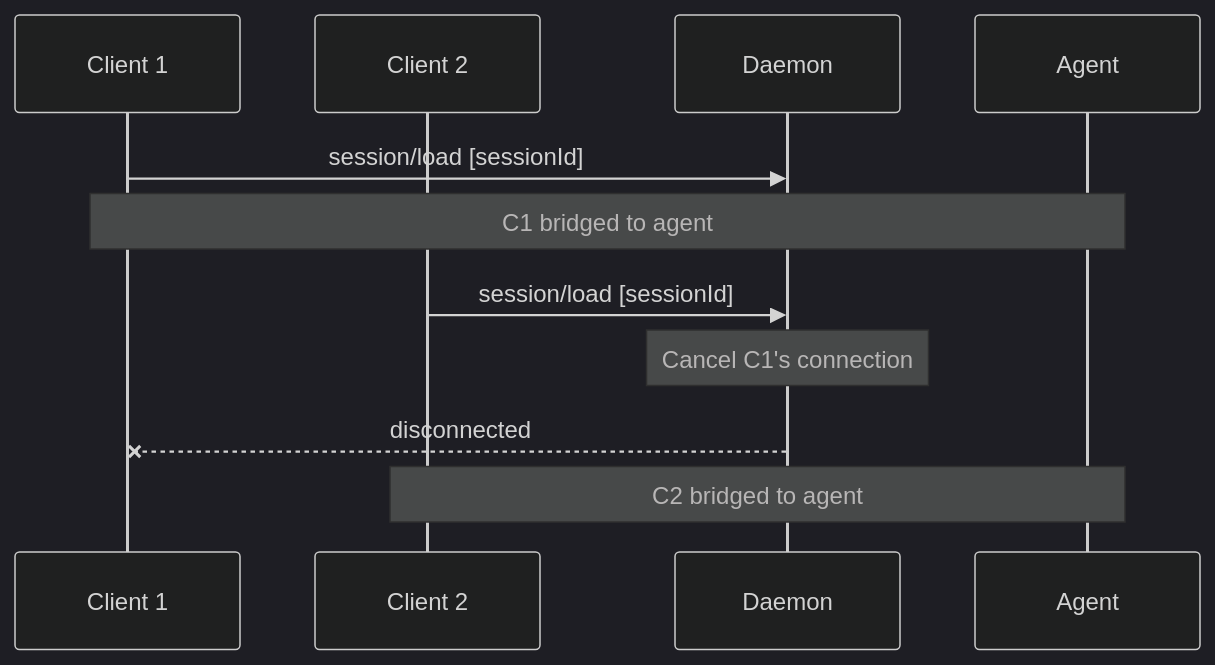
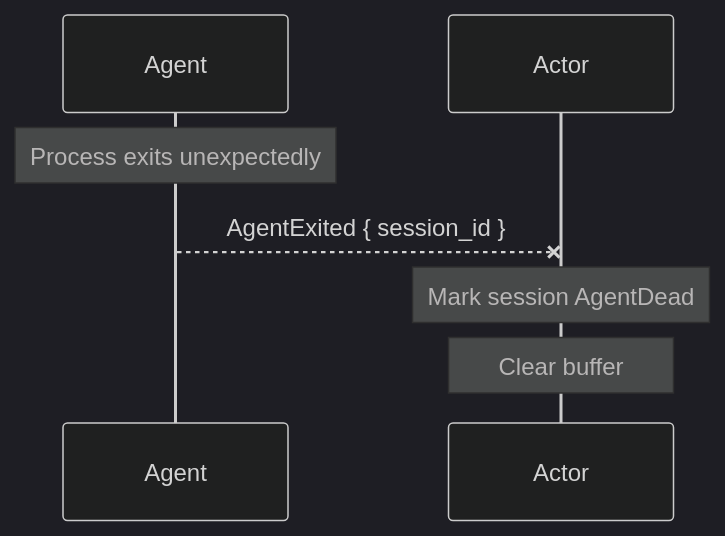
One commit to sparkle-ai-space/jamsession changed the sixth of 8 diagrams in md/design/sequence_diagrams.md. Above: the diagram before and after it, drawn with Mermaid (dark theme). The commit also changed other lines of this file and 12 other files, not shown here.

````diff
--- a/md/design/sequence_diagrams.md
+++ b/md/design/sequence_diagrams.md
@@ -183,15 +172,10 @@
 ```mermaid
 sequenceDiagram
-    participant C1 as Client 1
-    participant C2 as Client 2
-    participant D as Daemon
-    participant A as Agent
+    participant Ag as Agent
+    participant A as Actor
 
-    C1->>D: session/load [sessionId]
-    Note over C1,A: C1 bridged to agent
-
-    C2->>D: session/load [sessionId]
-    Note over D: Cancel C1's connection
-    D--xC1: disconnected
-    Note over C2,A: C2 bridged to agent
+    Note over Ag: Process exits unexpectedly
+    Ag--xA: AgentExited { session_id }
+    Note over A: Mark session AgentDead
+    Note over A: Clear buffer
 ```
````
